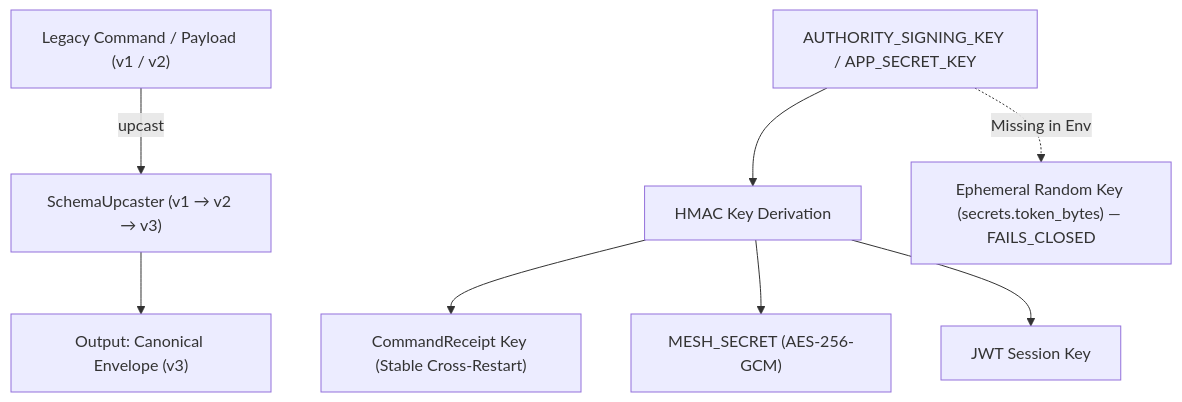
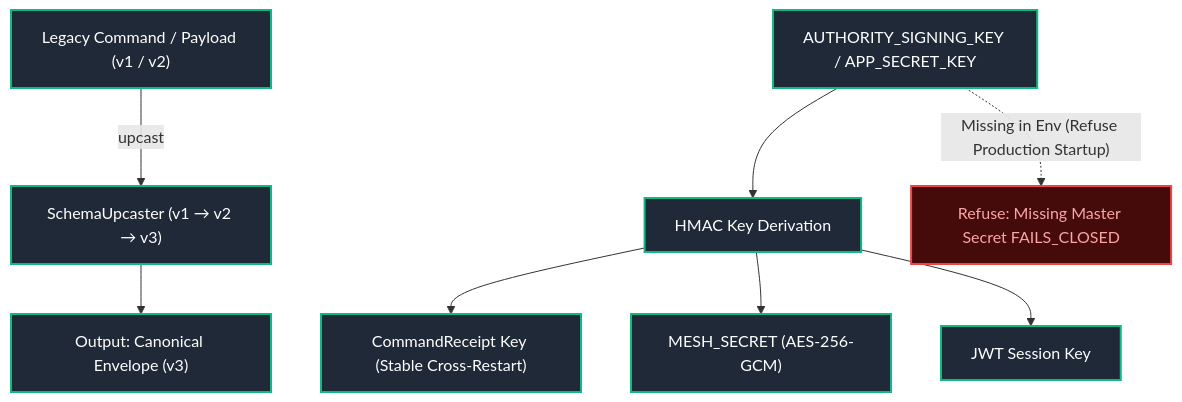
Before and after one commit to AviralGup7/Singularity-Zero: the third of 16 diagrams in docs/flowchart.md, drawn with Mermaid. The commit also changed other lines of this file, not shown here.

````diff
--- a/docs/flowchart.md
+++ b/docs/flowchart.md
@@ -168,10 +178,13 @@
 ```mermaid
 flowchart TD
+    classDef impl fill:#1f2937,stroke:#10b981,stroke-width:2px,color:#fff;
+    classDef forbidden fill:#450a0a,stroke:#ef4444,stroke-width:2px,color:#fca5a5;
+
     OldPayload["Legacy Command / Payload (v1 / v2)"]:::impl -->|upcast| Upcaster["SchemaUpcaster (v1 → v2 → v3)"]:::impl
     Upcaster --> Envelope["Output: Canonical Envelope (v3)"]:::impl
     MasterKey["AUTHORITY_SIGNING_KEY / APP_SECRET_KEY"]:::impl --> Derive["HMAC Key Derivation"]:::impl
     Derive --> ReceiptKey["CommandReceipt Key (Stable Cross-Restart)"]:::impl
     Derive --> MeshKey["MESH_SECRET (AES-256-GCM)"]:::impl
     Derive --> JWTKey["JWT Session Key"]:::impl
-    MasterKey -.->|Missing in Env| Fallback["Ephemeral Random Key (secrets.token_bytes) — FAILS_CLOSED"]:::forbidden
+    MasterKey -.->|"Missing in Env (Refuse Production Startup)"| Fallback["Refuse: Missing Master Secret FAILS_CLOSED"]:::forbidden
 ```
````
